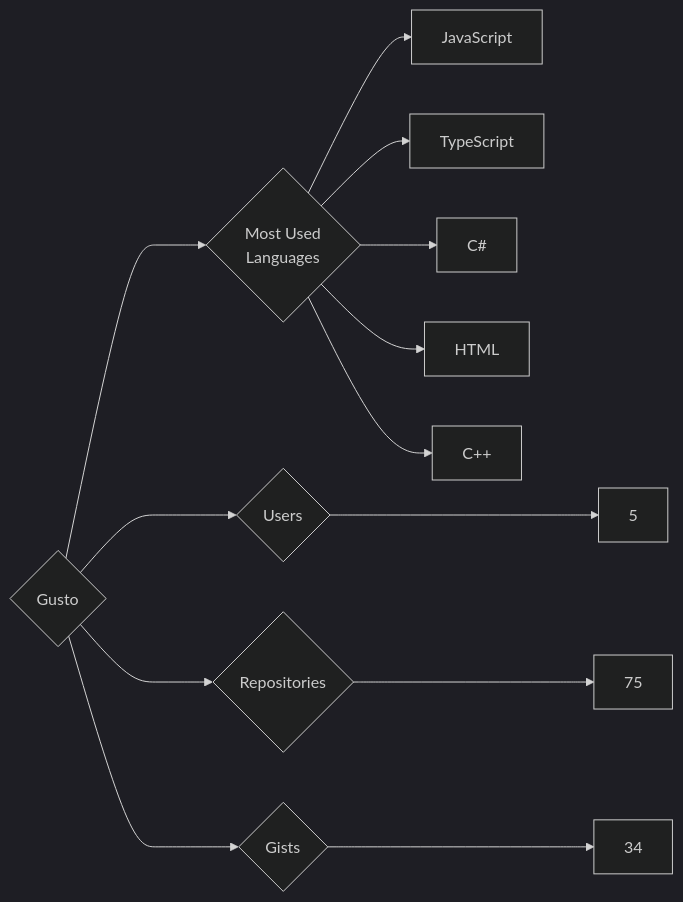
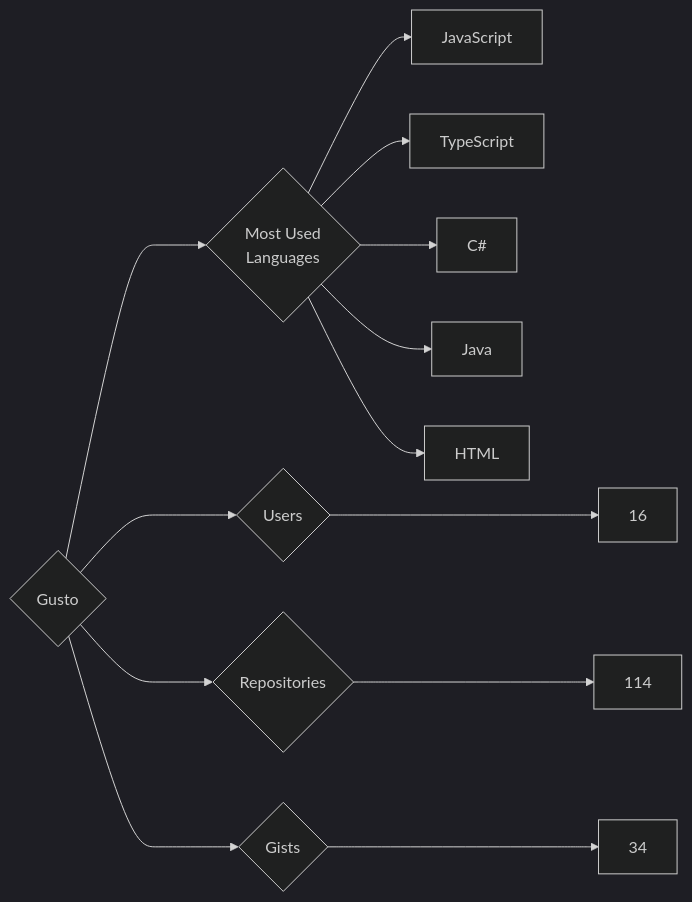
Before and after one commit to trickest/insiders: the diagram in targets/Gusto/README.md, drawn with Mermaid (dark theme). The commit also changed 681 other files, not shown here.

````diff
--- a/targets/Gusto/README.md
+++ b/targets/Gusto/README.md
@@ -3,13 +3,13 @@
 ```mermaid
 graph LR
 COMPANY_NAME{Gusto}
-COMPANY_NAME ---> U{Users} ---> UN[5]
-COMPANY_NAME ---> R{Repositories} ---> RN[75]
+COMPANY_NAME ---> U{Users} ---> UN[16]
+COMPANY_NAME ---> R{Repositories} ---> RN[114]
 COMPANY_NAME ---> G{Gists} ---> GN[34]
 COMPANY_NAME ---> ML{Most Used<br>Languages}
 ML --> JavaScript[JavaScript]
 ML --> TypeScript[TypeScript]
 ML --> C#[C#]
+ML --> Java[Java]
 ML --> HTML[HTML]
-ML --> C++[C++]
 ```
````
